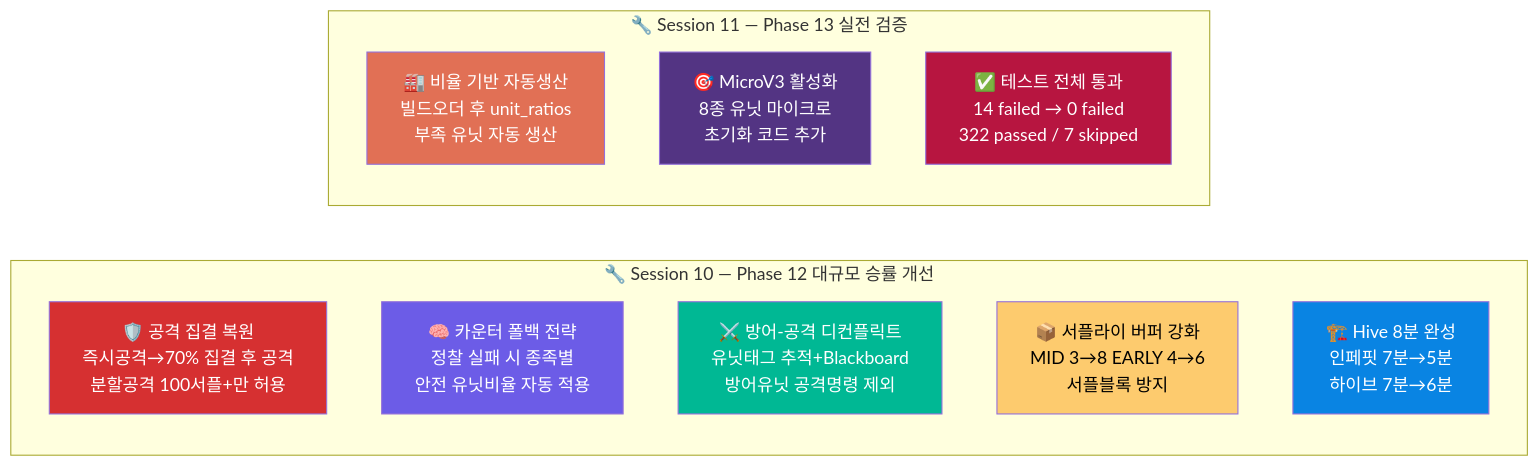
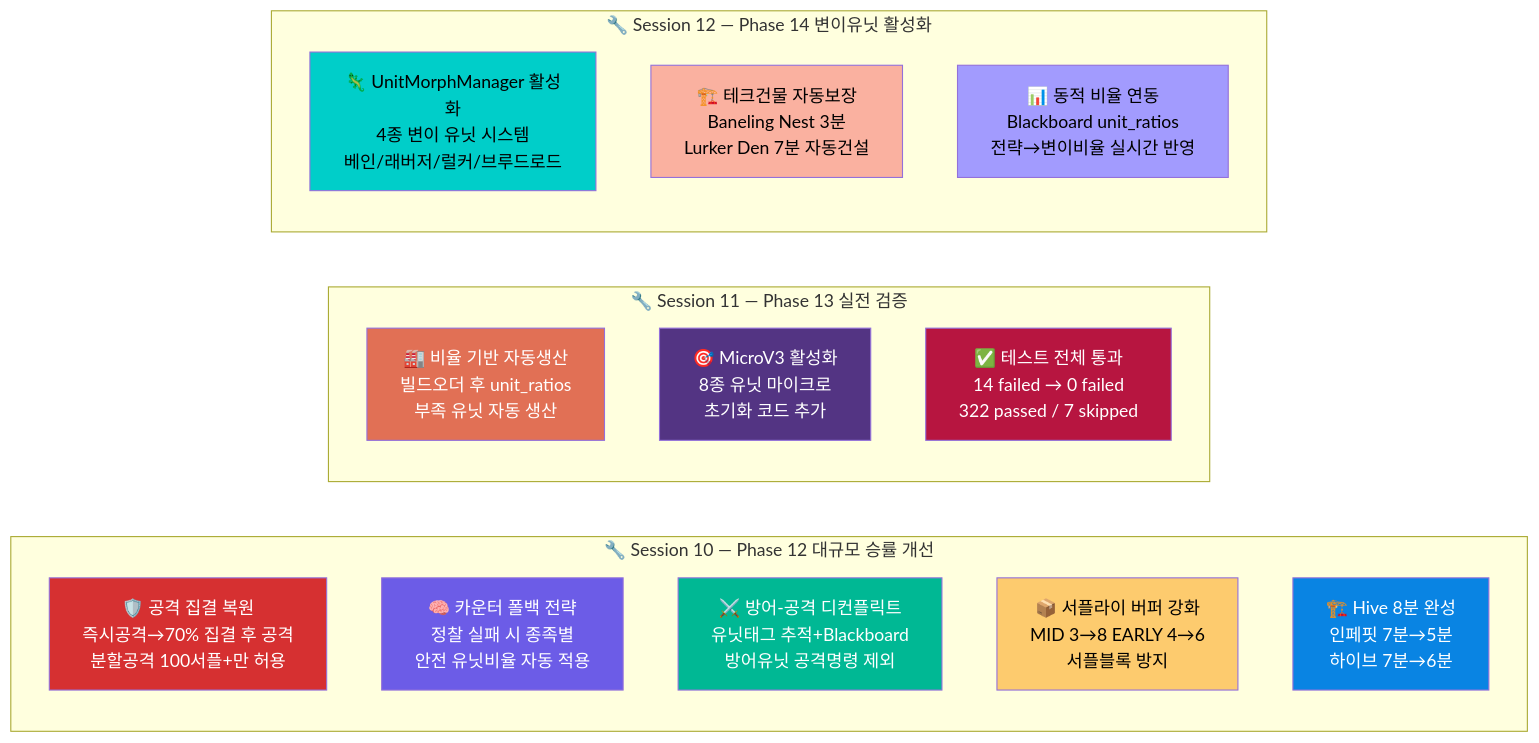
Diagram 31 of 31 in README.md (sun475300-sudo/Swarm-control-in-sc2bot), drawn with Mermaid before and after one commit. The commit also changed other lines of this file and 3 other files, not shown here.

First line of the commit message:
feat: Phase 14 변이유닛 시스템 활성화 — 4종 모프 + 테크건물 보장 + 동적비율

````diff
--- a/README.md
+++ b/README.md
@@ -854,27 +856,37 @@
 ```mermaid
 graph LR
     subgraph "🔧 Session 10 — Phase 12 대규모 승률 개선"
         direction TB
         FIX1["🛡️ 공격 집결 복원<br/>즉시공격→70% 집결 후 공격<br/>분할공격 100서플+만 허용"]
         FIX2["🧠 카운터 폴백 전략<br/>정찰 실패 시 종족별<br/>안전 유닛비율 자동 적용"]
         FIX3["⚔️ 방어-공격 디컨플릭트<br/>유닛태그 추적+Blackboard<br/>방어유닛 공격명령 제외"]
         FIX4["📦 서플라이 버퍼 강화<br/>MID 3→8 EARLY 4→6<br/>서플블록 방지"]
         FIX5["🏗️ Hive 8분 완성<br/>인페핏 7분→5분<br/>하이브 7분→6분"]
     end
 
     subgraph "🔧 Session 11 — Phase 13 실전 검증"
         direction TB
         FIX6["🏭 비율 기반 자동생산<br/>빌드오더 후 unit_ratios<br/>부족 유닛 자동 생산"]
         FIX7["🎯 MicroV3 활성화<br/>8종 유닛 마이크로<br/>초기화 코드 추가"]
         FIX8["✅ 테스트 전체 통과<br/>14 failed → 0 failed<br/>322 passed / 7 skipped"]
     end
 
+    subgraph "🔧 Session 12 — Phase 14 변이유닛 활성화"
+        direction TB
+        FIX9["🦎 UnitMorphManager 활성화<br/>4종 변이 유닛 시스템<br/>베인/래버저/럴커/브루드로드"]
+        FIX10["🏗️ 테크건물 자동보장<br/>Baneling Nest 3분<br/>Lurker Den 7분 자동건설"]
+        FIX11["📊 동적 비율 연동<br/>Blackboard unit_ratios<br/>전략→변이비율 실시간 반영"]
+    end
+
     style FIX1 fill:#d63031,color:#fff
     style FIX2 fill:#6c5ce7,color:#fff
     style FIX3 fill:#00b894,color:#fff
     style FIX4 fill:#fdcb6e,color:#000
     style FIX5 fill:#0984e3,color:#fff
     style FIX6 fill:#e17055,color:#fff
     style FIX7 fill:#533483,color:#fff
     style FIX8 fill:#b71540,color:#fff
+    style FIX9 fill:#00cec9,color:#000
+    style FIX10 fill:#fab1a0,color:#000
+    style FIX11 fill:#a29bfe,color:#000
 ```
````
